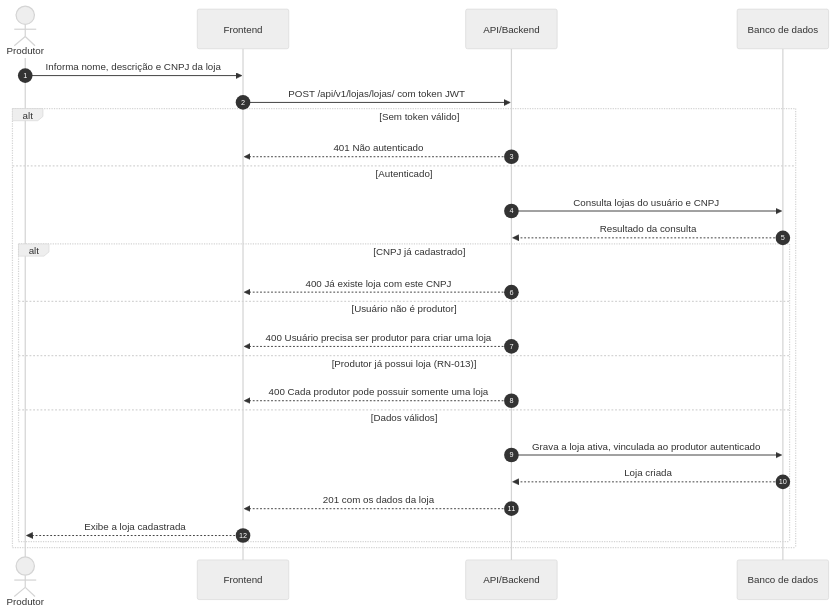
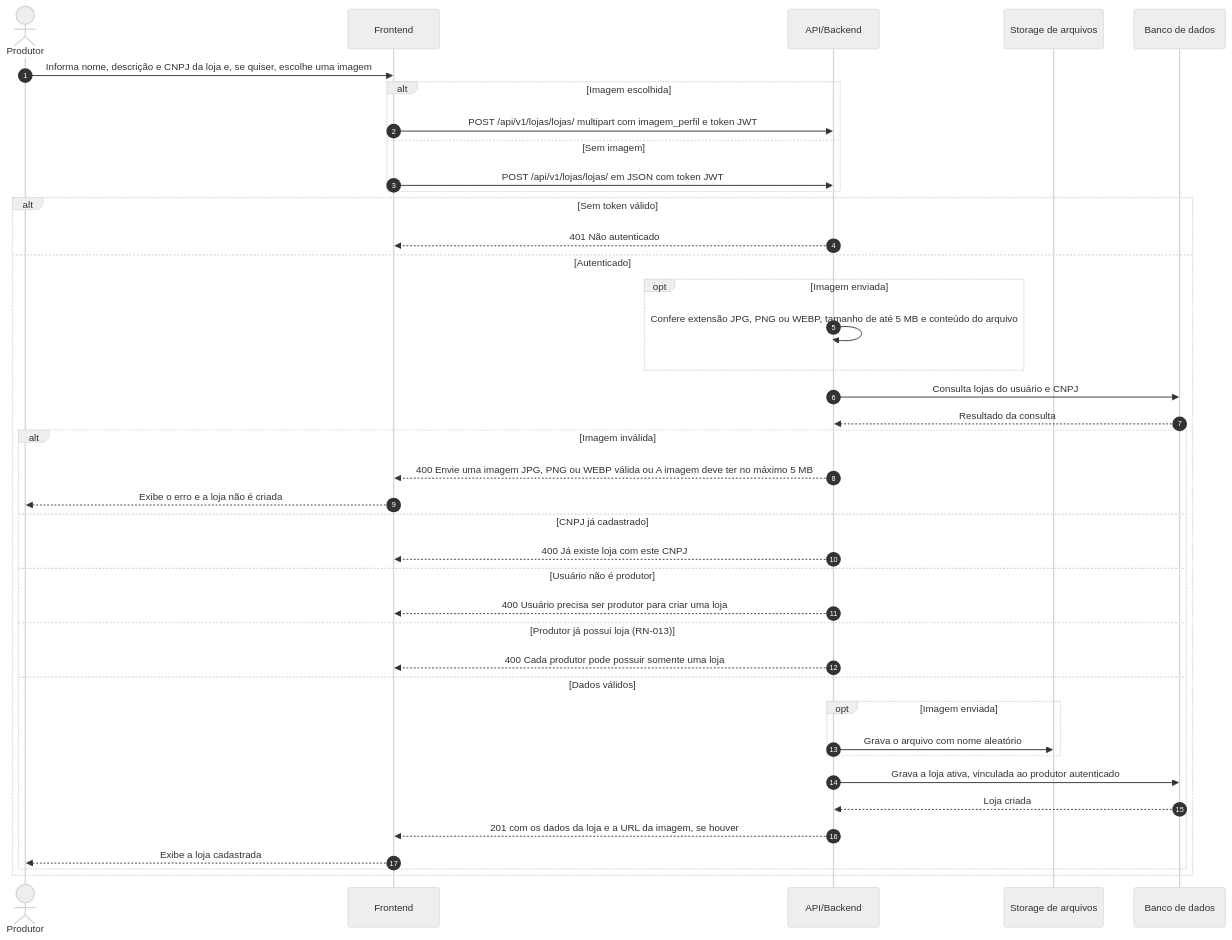
One commit to marcusmartins07/agro-store changed the diagram in docs/diagramas/fig06-seq-cadastro-loja.mmd. Above: the diagram before and after it, drawn with Mermaid (neutral theme). The commit also changed 45 other files, not shown here.

First line of the commit message:
Adicionada redefinição de senha (RN-020) e foto de perfil/imagem da loja (RN-018)

```diff
--- a/docs/diagramas/fig06-seq-cadastro-loja.mmd
+++ b/docs/diagramas/fig06-seq-cadastro-loja.mmd
@@ -1,31 +1,47 @@
 %% Figura 6 - Diagrama de Sequência III - Cadastro de Loja pelo Produtor
-%% Conferido em: lojas/views.py (LojaViewSet) e lojas/serializers.py (LojaSerializer.validate).
-%% O envio da imagem da loja não aparece: imagem_perfil é somente leitura até a BE-018 (RN-018).
+%% Conferido em: lojas/views.py (LojaViewSet), lojas/serializers.py (LojaSerializer, imagem_perfil e validate),
+%% main/campos.py e main/imagens.py (validar_imagem_enviada, nome_arquivo_aleatorio) e, no frontend,
+%% views/CriarLojaView.vue e services/api.js (lojas.criar).
+%% A imagem da loja é opcional (RN-018). As validações de campo (imagem e CNPJ) ocorrem antes das regras do produtor.
 sequenceDiagram
     autonumber
     actor P as Produtor
     participant F as Frontend
     participant A as API/Backend
+    participant S as Storage de arquivos
     participant B as Banco de dados
 
-    P->>F: Informa nome, descrição e CNPJ da loja
-    F->>A: POST /api/v1/lojas/lojas/ com token JWT
+    P->>F: Informa nome, descrição e CNPJ da loja e, se quiser, escolhe uma imagem
+    alt Imagem escolhida
+        F->>A: POST /api/v1/lojas/lojas/ multipart com imagem_perfil e token JWT
+    else Sem imagem
+        F->>A: POST /api/v1/lojas/lojas/ em JSON com token JWT
+    end
 
     alt Sem token válido
         A-->>F: 401 Não autenticado
     else Autenticado
+        opt Imagem enviada
+            A->>A: Confere extensão JPG, PNG ou WEBP, tamanho de até 5 MB e conteúdo do arquivo
+        end
         A->>B: Consulta lojas do usuário e CNPJ
         B-->>A: Resultado da consulta
-        alt CNPJ já cadastrado
+        alt Imagem inválida
+            A-->>F: 400 Envie uma imagem JPG, PNG ou WEBP válida ou A imagem deve ter no máximo 5 MB
+            F-->>P: Exibe o erro e a loja não é criada
+        else CNPJ já cadastrado
             A-->>F: 400 Já existe loja com este CNPJ
         else Usuário não é produtor
             A-->>F: 400 Usuário precisa ser produtor para criar uma loja
         else Produtor já possui loja (RN-013)
             A-->>F: 400 Cada produtor pode possuir somente uma loja
         else Dados válidos
+            opt Imagem enviada
+                A->>S: Grava o arquivo com nome aleatório
+            end
             A->>B: Grava a loja ativa, vinculada ao produtor autenticado
             B-->>A: Loja criada
-            A-->>F: 201 com os dados da loja
+            A-->>F: 201 com os dados da loja e a URL da imagem, se houver
             F-->>P: Exibe a loja cadastrada
         end
     end
```
